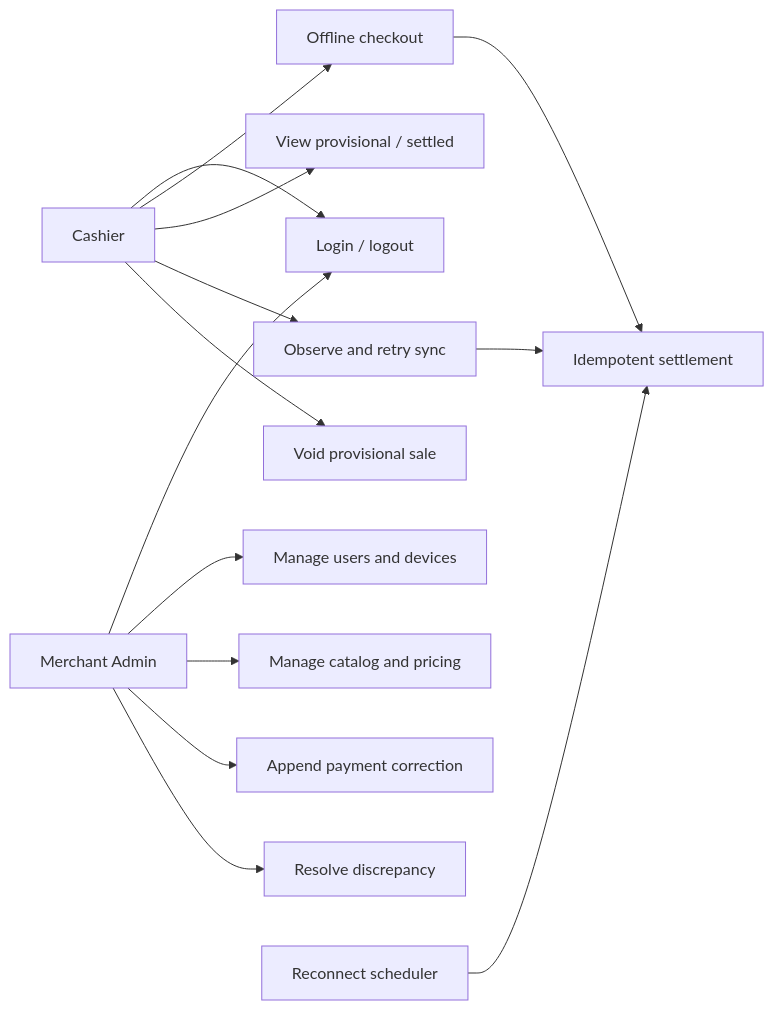
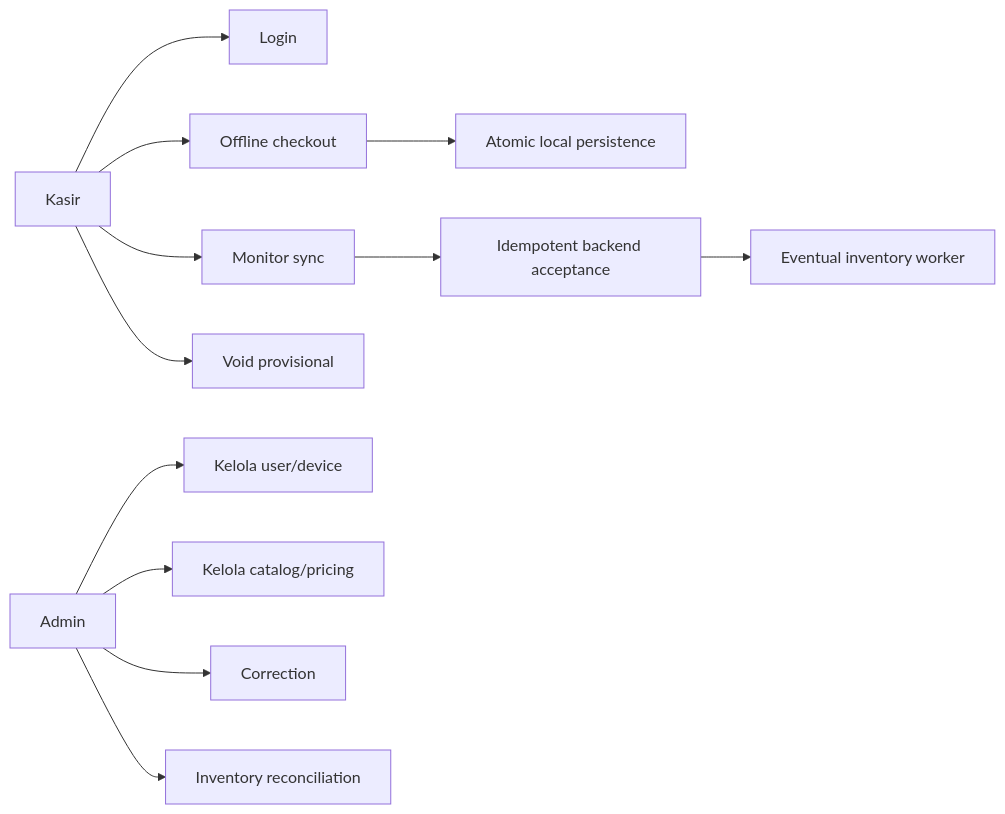
One commit to myudak/compos changed the diagram in docs/user_stories.md. Above: the diagram before and after it, drawn with Mermaid. The commit also changed other lines of this file and 28 other files, not shown here.

````diff
--- a/docs/user_stories.md
+++ b/docs/user_stories.md
@@ -27,16 +59,14 @@
 ```mermaid
 flowchart LR
-  Cashier["Cashier"] --> Login["Login / logout"]
-  Cashier --> Checkout["Offline checkout"]
-  Cashier --> Status["View provisional / settled"]
-  Cashier --> Retry["Observe and retry sync"]
-  Cashier --> Void["Void provisional sale"]
-  Admin["Merchant Admin"] --> Login
-  Admin --> Users["Manage users and devices"]
-  Admin --> Catalog["Manage catalog and pricing"]
-  Admin --> Correction["Append payment correction"]
-  Admin --> Inventory["Resolve discrepancy"]
-  Scheduler["Reconnect scheduler"] --> Settle["Idempotent settlement"]
-  Checkout --> Settle
-  Retry --> Settle
+  Kasir --> Login
+  Kasir --> Checkout["Offline checkout"]
+  Kasir --> Sync["Monitor sync"]
+  Kasir --> Void["Void provisional"]
+  Admin --> Users["Kelola user/device"]
+  Admin --> Catalog["Kelola catalog/pricing"]
+  Admin --> Correct["Correction"]
+  Admin --> Reconcile["Inventory reconciliation"]
+  Checkout --> IDB["Atomic local persistence"]
+  Sync --> API["Idempotent backend acceptance"]
+  API --> Worker["Eventual inventory worker"]
 ```
````
